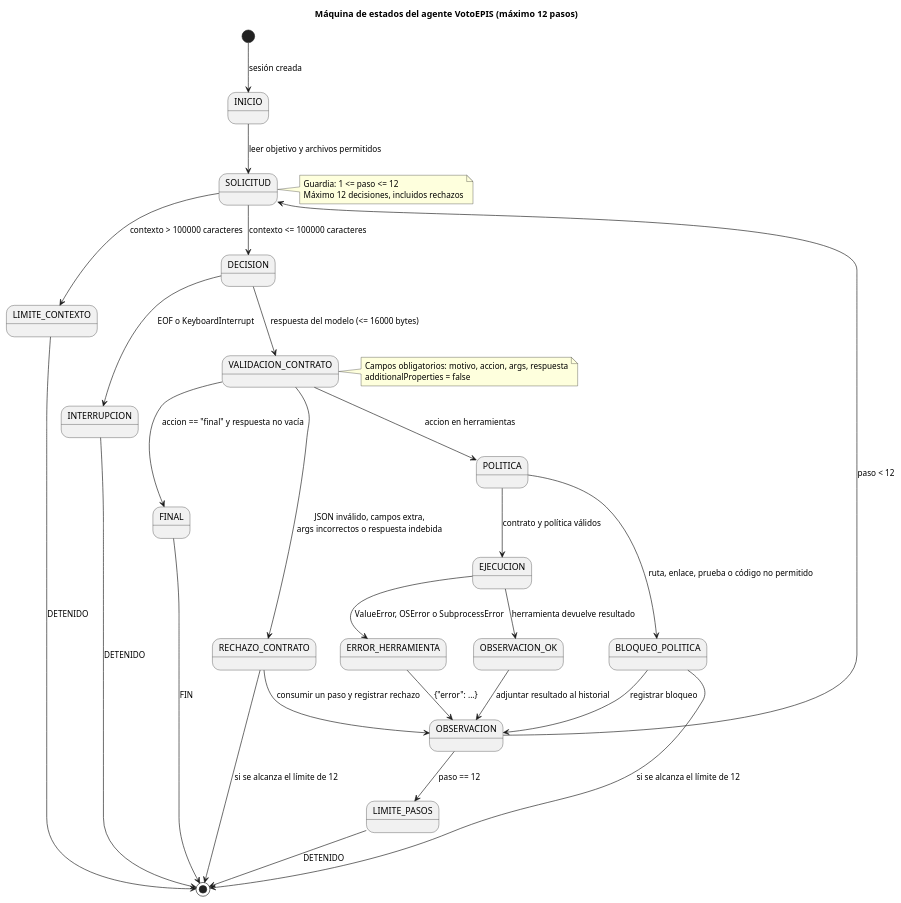
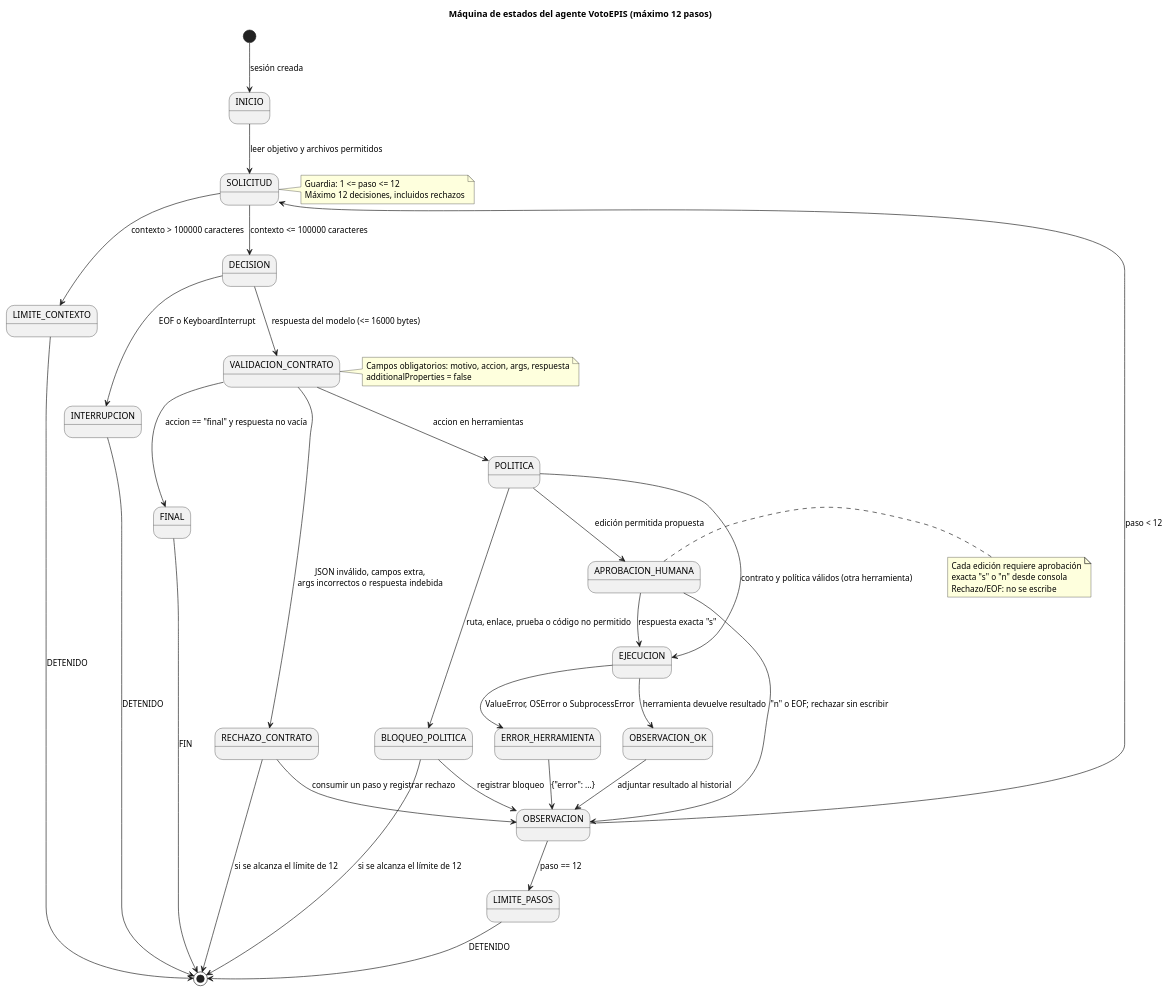
One commit to JoseMorocco/cs-2026b-lab04-grupo-b-votoepis changed the diagram in agentes/diseno/estados.puml. Above: the diagram before and after it, drawn with PlantUML. The commit also changed 3 other files, not shown here.

Commit message:
docs(agents): document Lab 10 architecture and state machine

```diff
--- a/agentes/diseno/estados.puml
+++ b/agentes/diseno/estados.puml
@@ -1,45 +1,54 @@
 @startuml
 title Máquina de estados del agente VotoEPIS (máximo 12 pasos)
 
 [*] --> INICIO : sesión creada
 INICIO --> SOLICITUD : leer objetivo y archivos permitidos
 SOLICITUD --> DECISION : contexto <= 100000 caracteres
 SOLICITUD --> LIMITE_CONTEXTO : contexto > 100000 caracteres
 LIMITE_CONTEXTO --> [*] : DETENIDO
 
 DECISION --> VALIDACION_CONTRATO : respuesta del modelo (<= 16000 bytes)
 VALIDACION_CONTRATO --> RECHAZO_CONTRATO : JSON inválido, campos extra,\nargs incorrectos o respuesta indebida
 RECHAZO_CONTRATO --> OBSERVACION : consumir un paso y registrar rechazo
 RECHAZO_CONTRATO --> [*] : si se alcanza el límite de 12
 
 VALIDACION_CONTRATO --> FINAL : accion == "final" y respuesta no vacía
 FINAL --> [*] : FIN
 
 VALIDACION_CONTRATO --> POLITICA : accion en herramientas
 POLITICA --> BLOQUEO_POLITICA : ruta, enlace, prueba o código no permitido
 BLOQUEO_POLITICA --> OBSERVACION : registrar bloqueo
 BLOQUEO_POLITICA --> [*] : si se alcanza el límite de 12
 
-POLITICA --> EJECUCION : contrato y política válidos
+POLITICA --> APROBACION_HUMANA : edición permitida propuesta
+APROBACION_HUMANA --> EJECUCION : respuesta exacta "s"
+APROBACION_HUMANA --> OBSERVACION : "n" o EOF; rechazar sin escribir
+POLITICA --> EJECUCION : contrato y política válidos (otra herramienta)
 EJECUCION --> OBSERVACION_OK : herramienta devuelve resultado
 EJECUCION --> ERROR_HERRAMIENTA : ValueError, OSError o SubprocessError
 ERROR_HERRAMIENTA --> OBSERVACION : {"error": ...}
 OBSERVACION_OK --> OBSERVACION : adjuntar resultado al historial
 OBSERVACION --> SOLICITUD : paso < 12
 OBSERVACION --> LIMITE_PASOS : paso == 12
 LIMITE_PASOS --> [*] : DETENIDO
 
 DECISION --> INTERRUPCION : EOF o KeyboardInterrupt
 INTERRUPCION --> [*] : DETENIDO
 
 note right of SOLICITUD
   Guardia: 1 <= paso <= 12
   Máximo 12 decisiones, incluidos rechazos
 end note
 
 note right of VALIDACION_CONTRATO
   Campos obligatorios: motivo, accion, args, respuesta
   additionalProperties = false
 end note
 
+note right of APROBACION_HUMANA
+  Cada edición requiere aprobación
+  exacta "s" o "n" desde consola
+  Rechazo/EOF: no se escribe
+end note
+
 @enduml
```
